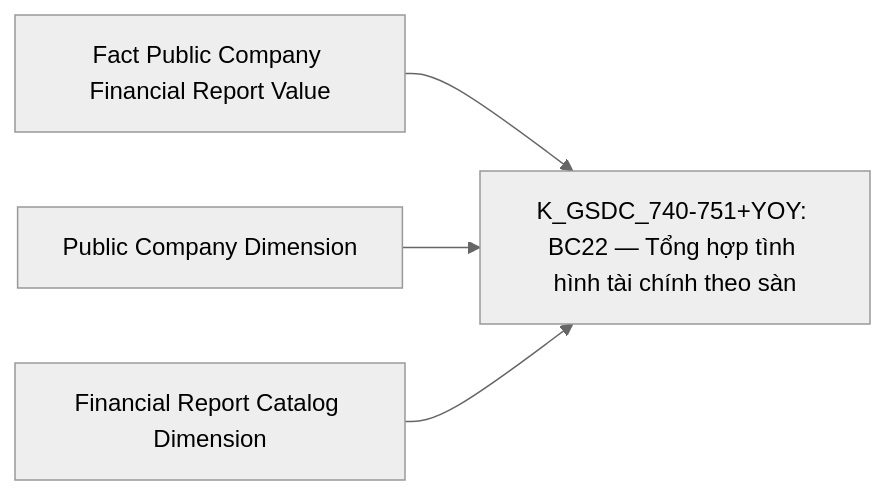
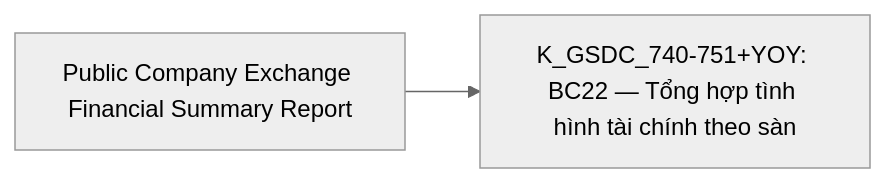
Before and after one commit to linhlvit/ubck_atomic_design: diagram 54 of 55 in Datamart/hld/DTM_GSDC_HLD.md, drawn with Mermaid (neutral theme). The commit also changed other lines of this file and 42 other files, not shown here.

````diff
--- a/Datamart/hld/DTM_GSDC_HLD.md
+++ b/Datamart/hld/DTM_GSDC_HLD.md
@@ -2644,6 +3033,4 @@
 ```mermaid
 flowchart LR
-    fct_pc_fr_val_g41["Fact Public Company Financial Report Value"] --> R41["K_GSDC_740-751+YOY: BC22 — Tổng hợp tình hình tài chính theo sàn"]
-    public_company_dim_g41["Public Company Dimension"] --> R41
-    financial_rpt_catalog_dim_g41["Financial Report Catalog Dimension"] --> R41
+    public_company_exchange_financial_summary_rpt_g41["Public Company Exchange Financial Summary Report"] --> R41["K_GSDC_740-751+YOY: BC22 — Tổng hợp tình hình tài chính theo sàn"]
 ```
````
